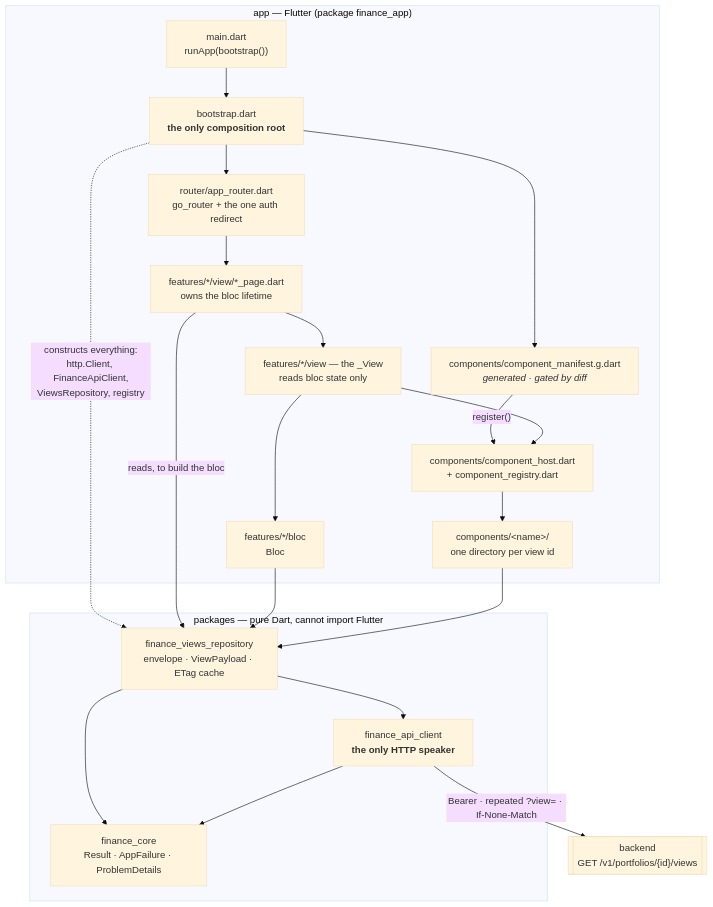
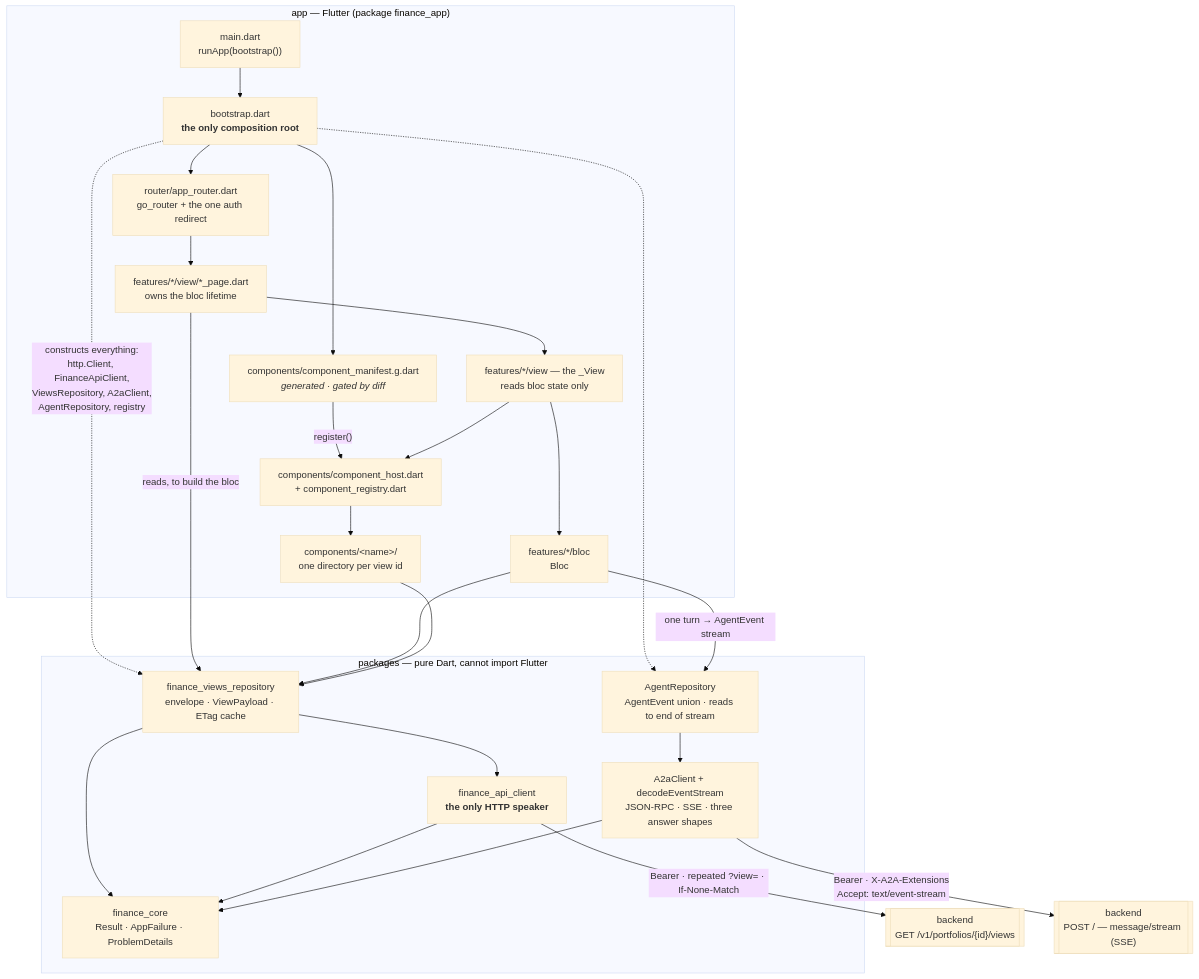
One commit to somnio-projects/finance-google-a2ui changed the diagram in docs/diagrams/12-frontend-layers.md. Above: the diagram before and after it, drawn with Mermaid (base theme). The commit also changed other lines of this file and 8 other files, not shown here.

First line of the commit message:
fix(frontend): GGU-79 — spec, diagram, harness log and the gate's findings

````diff
--- a/docs/diagrams/12-frontend-layers.md
+++ b/docs/diagrams/12-frontend-layers.md
@@ -10,49 +10,58 @@
 ```mermaid
 graph TD
   subgraph app["app — Flutter (package finance_app)"]
     main["main.dart<br/>runApp(bootstrap())"]
     boot["bootstrap.dart<br/><b>the only composition root</b>"]
     router["router/app_router.dart<br/>go_router + the one auth redirect"]
     page["features/*/view/*_page.dart<br/>owns the bloc lifetime"]
     view["features/*/view — the _View<br/>reads bloc state only"]
     bloc["features/*/bloc<br/>Bloc"]
     host["components/component_host.dart<br/>+ component_registry.dart"]
     comp["components/&lt;name&gt;/<br/>one directory per view id"]
     manifest["components/component_manifest.g.dart<br/><i>generated · gated by diff</i>"]
   end
 
   subgraph pure["packages — pure Dart, cannot import Flutter"]
     repo["finance_views_repository<br/>envelope · ViewPayload · ETag cache"]
+    agentrepo["AgentRepository<br/>AgentEvent union · reads to end of stream"]
     api["finance_api_client<br/><b>the only HTTP speaker</b>"]
+    a2a["A2aClient + decodeEventStream<br/>JSON-RPC · SSE · three answer shapes"]
     core["finance_core<br/>Result · AppFailure · ProblemDetails"]
   end
 
   backend[["backend<br/>GET /v1/portfolios/{id}/views"]]
+  agent[["backend<br/>POST / — message/stream (SSE)"]]
 
   main --> boot
   boot --> router
-  boot -.->|"constructs everything:<br/>http.Client, FinanceApiClient,<br/>ViewsRepository, registry"| repo
+  boot -.->|"constructs everything:<br/>http.Client, FinanceApiClient,<br/>ViewsRepository, A2aClient,<br/>AgentRepository, registry"| repo
+  boot -.-> agentrepo
   boot --> manifest
   manifest -->|"register()"| host
   router --> page
   page --> view
   page -->|"reads, to build the bloc"| repo
   view --> bloc
   view --> host
   host --> comp
   bloc --> repo
+  bloc -->|"one turn → AgentEvent stream"| agentrepo
+  agentrepo --> a2a
+  a2a -->|"Bearer · X-A2A-Extensions<br/>Accept: text/event-stream"| agent
   repo --> api
   api -->|"Bearer · repeated ?view= · If-None-Match"| backend
   repo --> core
   api --> core
+  a2a --> core
   comp --> repo
 
   %% Everything below this line is checked by layering_test.dart, not by review.
   %% FORBIDDEN, each with its own test:
   %%   bloc  -> api      (a bloc may not know HTTP exists)
   %%   view  -> repo     (only a *_page.dart may; the _View may not)
   %%   comp  -> features (a component that needs a bloc is a feature)
   %%   pure/ -> flutter  (also a compile error — that is the point of the workspace)
-  %%   anything but boot constructing http.Client / FinanceApiClient / ViewsRepository
+  %%   anything but boot constructing http.Client / FinanceApiClient /
+  %%     ViewsRepository / A2aClient / AgentRepository
   %%   NumberFormat · intl · dart:math · toStringAsFixed · double.parse · DateTime.now()
 ```
````
